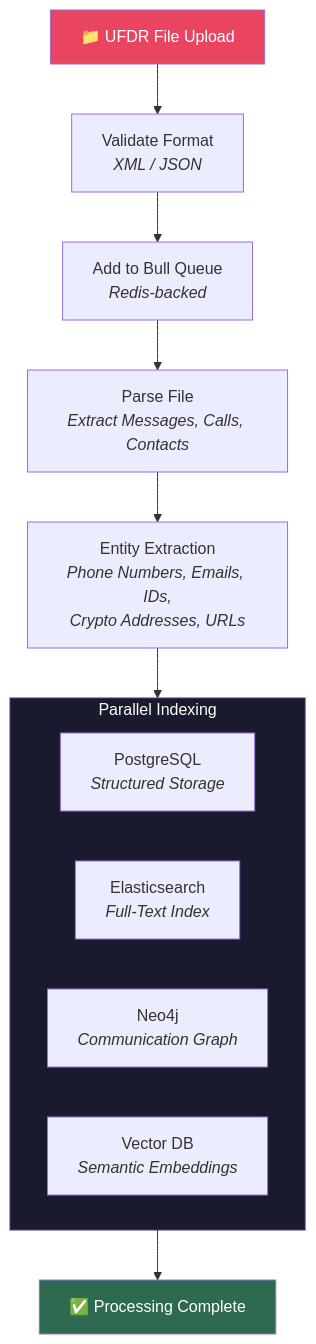
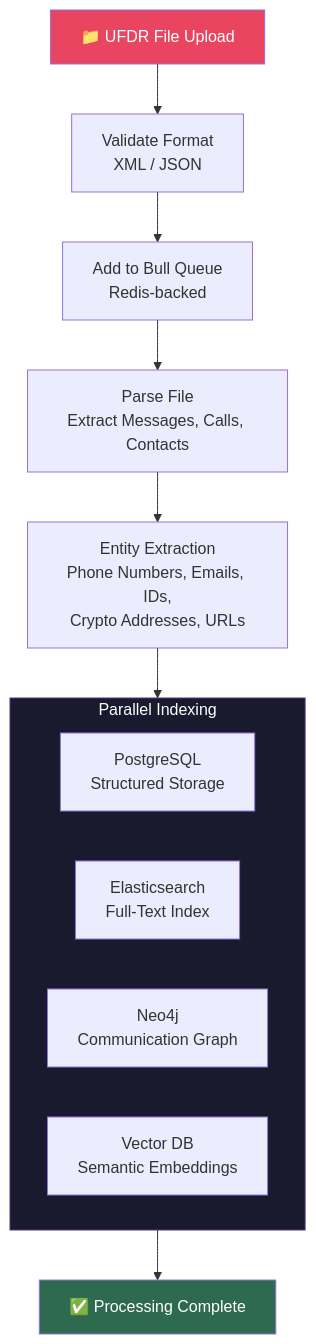
One commit to beingbrijesh/CopSight changed the third of 7 diagrams in README.md. Above: the diagram before and after it, drawn with Mermaid. The commit also changed other lines of this file and 4 other files, not shown here.

Commit message:
docs: Fix Mermaid diagram text cropping and add professional Contributors section

````diff
--- a/README.md
+++ b/README.md
@@ -160,22 +160,22 @@
 ```mermaid
 flowchart TD
-    Upload["📁 UFDR File Upload"] --> Validate["Validate Format<br/><i>XML / JSON</i>"]
-    Validate --> Queue["Add to Bull Queue<br/><i>Redis-backed</i>"]
-    Queue --> Parse["Parse File<br/><i>Extract Messages, Calls, Contacts</i>"]
-    Parse --> NER["Entity Extraction<br/><i>Phone Numbers, Emails, IDs,<br/>Crypto Addresses, URLs</i>"]
+    Upload["📁 UFDR File Upload"] --> Validate["Validate Format<br/>XML / JSON"]
+    Validate --> Queue["Add to Bull Queue<br/>Redis-backed"]
+    Queue --> Parse["Parse File<br/>Extract Messages, Calls, Contacts"]
+    Parse --> NER["Entity Extraction<br/>Phone Numbers, Emails, IDs,<br/>Crypto Addresses, URLs"]
     NER --> Parallel
 
     subgraph Parallel["Parallel Indexing"]
         direction LR
-        PG["PostgreSQL<br/><i>Structured Storage</i>"]
-        ES["Elasticsearch<br/><i>Full-Text Index</i>"]
-        Neo4j["Neo4j<br/><i>Communication Graph</i>"]
-        Vec["Vector DB<br/><i>Semantic Embeddings</i>"]
+        PG["PostgreSQL<br/>Structured Storage"]
+        ES["Elasticsearch<br/>Full-Text Index"]
+        Neo4j["Neo4j<br/>Communication Graph"]
+        Vec["Vector DB<br/>Semantic Embeddings"]
     end
 
     Parallel --> Done["✅ Processing Complete"]
 
     style Upload fill:#e94560,color:#fff
     style Parallel fill:#1a1a2e,stroke:#533483,color:#fff
     style Done fill:#2d6a4f,color:#fff
 ```
````
